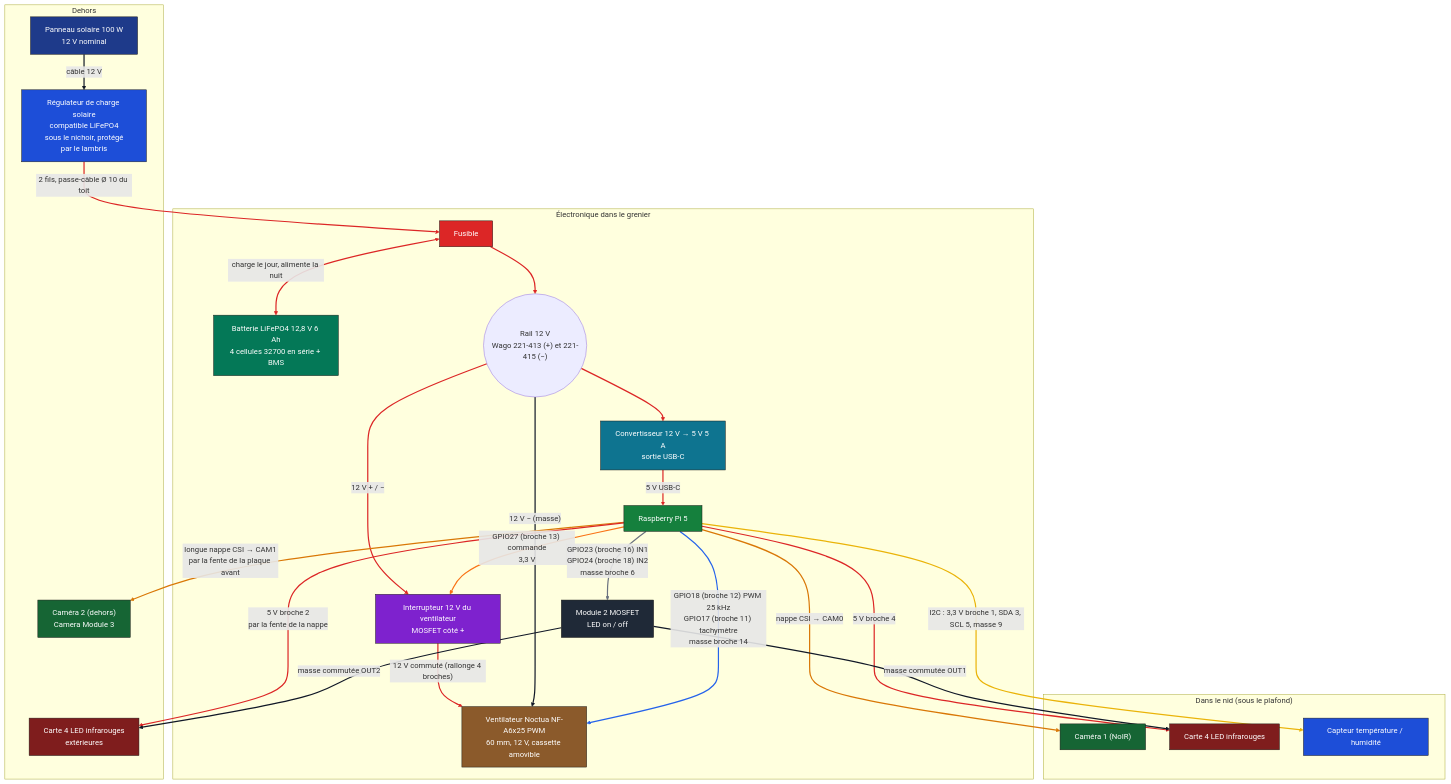
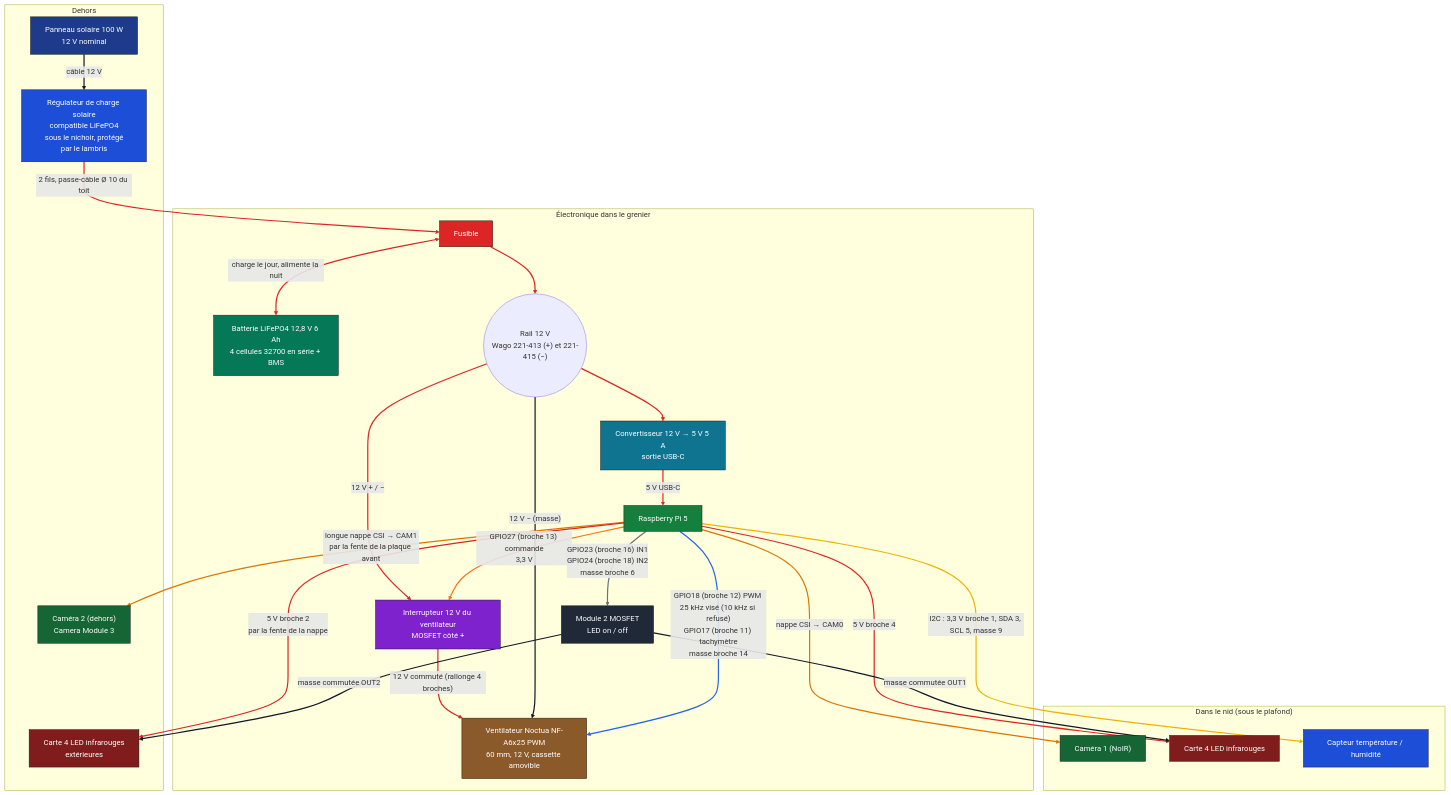
One commit to mathieujullien77190/birds changed the diagram in docs/schema-electronique.md. Above: the diagram before and after it, drawn with Mermaid. The commit also changed other lines of this file and 24 other files, not shown here.

```diff
--- a/docs/schema-electronique.md
+++ b/docs/schema-electronique.md
@@ -37,7 +37,7 @@
   SWF -->|"12 V commuté (rallonge 4 broches)"| FAN
   RAIL -->|"12 V − (masse)"| FAN
   PI -->|"GPIO27 (broche 13) commande<br/>3,3 V"| SWF
-  PI -->|"GPIO18 (broche 12) PWM 25 kHz<br/>GPIO17 (broche 11) tachymètre<br/>masse broche 14"| FAN
+  PI -->|"GPIO18 (broche 12) PWM 25 kHz visé (10 kHz si refusé)<br/>GPIO17 (broche 11) tachymètre<br/>masse broche 14"| FAN
   PI -->|"nappe CSI → CAM0"| CAM1
   PI -->|"longue nappe CSI → CAM1<br/>par la fente de la plaque avant"| CAM2
   PI -->|"GPIO23 (broche 16) IN1<br/>GPIO24 (broche 18) IN2<br/>masse broche 6"| SW
```
